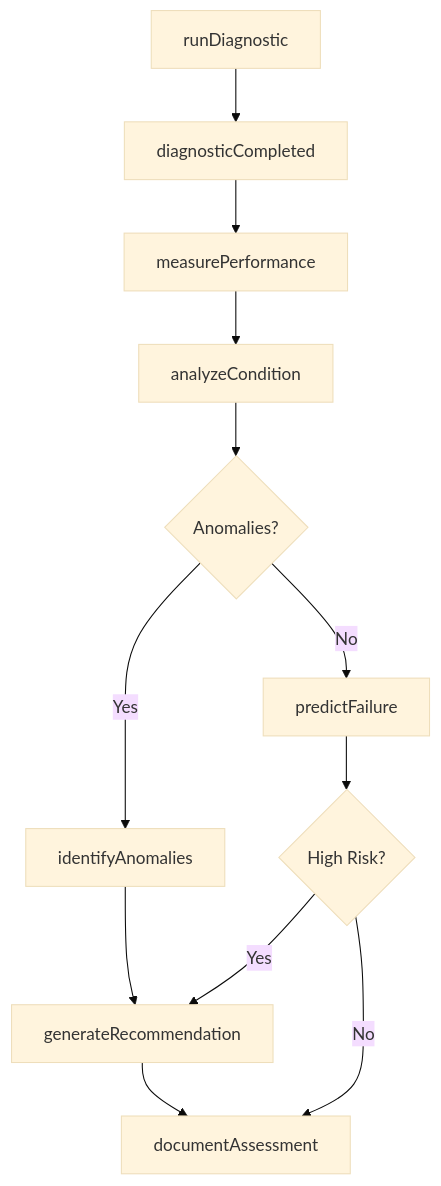
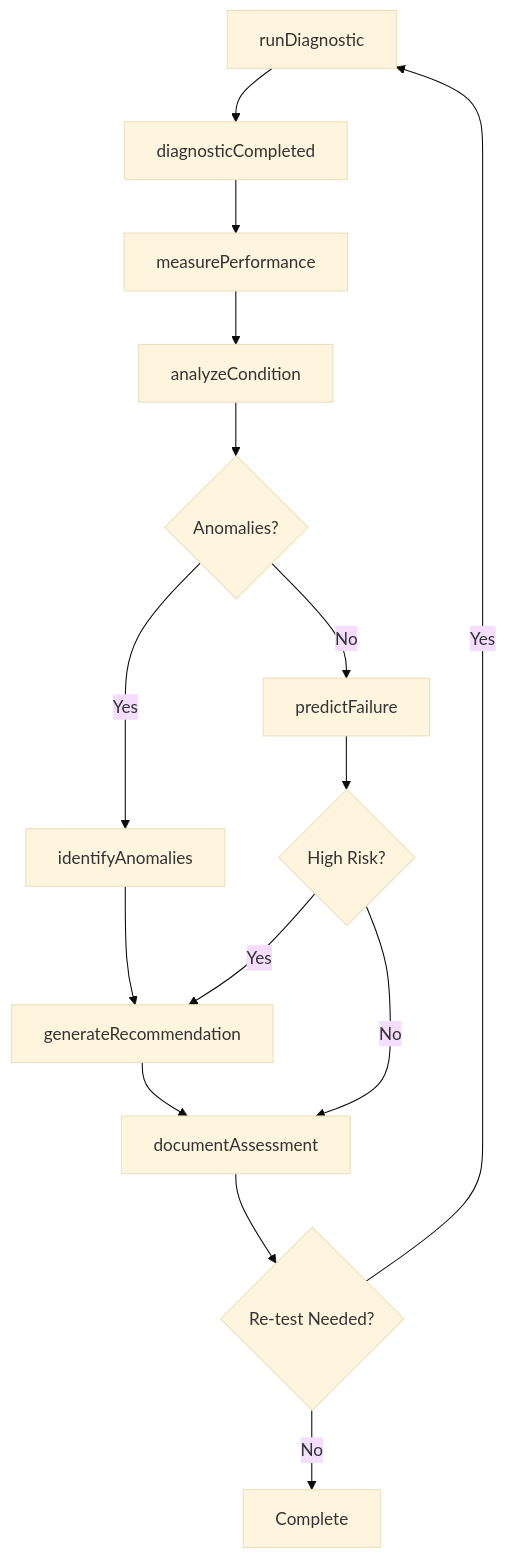
One commit to dot-org-ai/tasks.org.ai changed the third of 4 diagrams in MonitoringProcessesMaterialsOrSurroundings/MonitorEquipmentOperation/AssessEquipmentFunctioning.mdx. Above: the diagram before and after it, drawn with Mermaid (base theme). The commit also changed other lines of this file and 307 other files, not shown here.

First line of the commit message:
feat: Add ER diagrams and state diagrams to remaining 308 DWA task files (wave 3 complete)

````diff
--- a/MonitoringProcessesMaterialsOrSurroundings/MonitorEquipmentOperation/AssessEquipmentFunctioning.mdx
+++ b/MonitoringProcessesMaterialsOrSurroundings/MonitorEquipmentOperation/AssessEquipmentFunctioning.mdx
@@ -87,14 +116,17 @@
 ```mermaid
 graph TD
     A[runDiagnostic] --> B[diagnosticCompleted]
     B --> C[measurePerformance]
     C --> D[analyzeCondition]
     D --> E{Anomalies?}
     E -->|Yes| F[identifyAnomalies]
     E -->|No| G[predictFailure]
     F --> H[generateRecommendation]
     G --> I{High Risk?}
     I -->|Yes| H
     I -->|No| J[documentAssessment]
     H --> J
+    J --> K{Re-test Needed?}
+    K -->|Yes| A
+    K -->|No| L[Complete]
 ```
````
